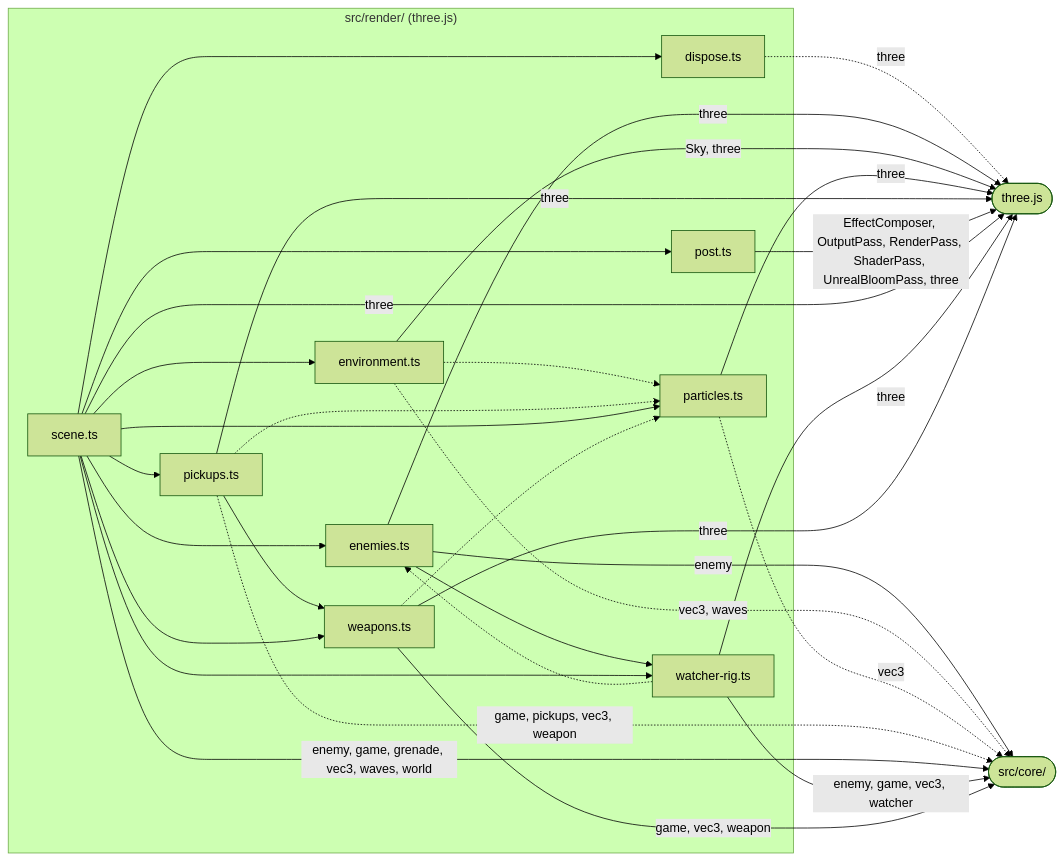
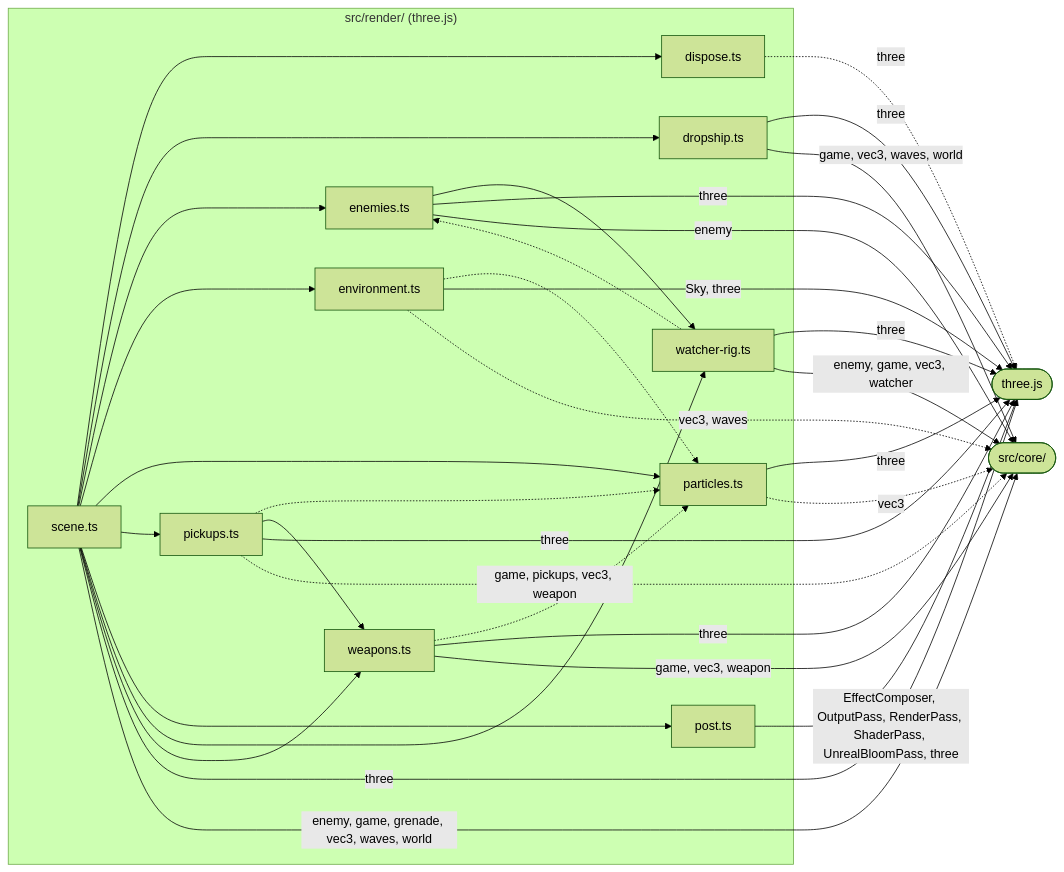
Before and after one commit to agh/ringfall: the diagram in docs/architecture/diagrams/render-components.mmd, drawn with Mermaid (forest theme). The commit also changed 8 other files, not shown here.

First line of the commit message:
docs(architecture): add the dropship module to the generated map

```diff
--- a/docs/architecture/diagrams/render-components.mmd
+++ b/docs/architecture/diagrams/render-components.mmd
@@ -1,45 +1,49 @@
 %%{init: {"flowchart": {"curve": "basis"}} }%%
 flowchart LR
   subgraph render["src/render/ (three.js)"]
     render_dispose["dispose.ts"]
+    render_dropship["dropship.ts"]
     render_enemies["enemies.ts"]
     render_environment["environment.ts"]
     render_particles["particles.ts"]
     render_pickups["pickups.ts"]
     render_post["post.ts"]
     render_scene["scene.ts"]
     render_watcher-rig["watcher-rig.ts"]
     render_weapons["weapons.ts"]
   end
   render_enemies --> render_watcher-rig
   render_environment -.-> render_particles
   render_pickups -.-> render_particles
   render_pickups --> render_weapons
   render_scene --> render_dispose
+  render_scene --> render_dropship
   render_scene --> render_enemies
   render_scene --> render_environment
   render_scene --> render_particles
   render_scene --> render_pickups
   render_scene --> render_post
   render_scene --> render_watcher-rig
   render_scene --> render_weapons
   render_watcher-rig -.-> render_enemies
   render_weapons -.-> render_particles
   core(["src/core/"])
   three(["three.js"])
   render_dispose -.->|"three"| three
+  render_dropship -->|"three"| three
+  render_dropship -->|"game, vec3, waves, world"| core
   render_enemies -->|"three"| three
   render_enemies -->|"enemy"| core
   render_environment -->|"Sky, three"| three
   render_environment -.->|"vec3, waves"| core
   render_particles -->|"three"| three
   render_particles -.->|"vec3"| core
   render_pickups -->|"three"| three
   render_pickups -.->|"game, pickups, vec3, weapon"| core
   render_post -->|"EffectComposer, OutputPass, RenderPass, ShaderPass, UnrealBloomPass, three"| three
   render_scene -->|"three"| three
   render_scene -->|"enemy, game, grenade, vec3, waves, world"| core
   render_watcher-rig -->|"three"| three
   render_watcher-rig -->|"enemy, game, vec3, watcher"| core
   render_weapons -->|"three"| three
   render_weapons -->|"game, vec3, weapon"| core
```
